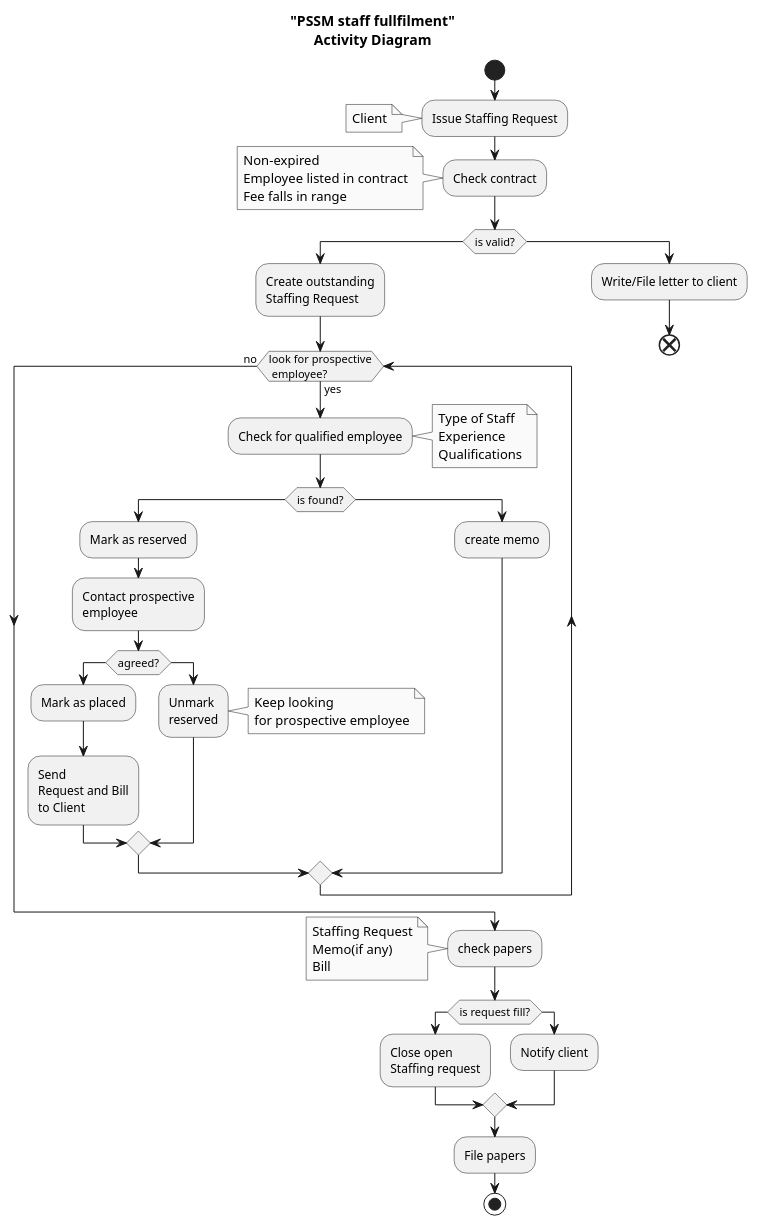
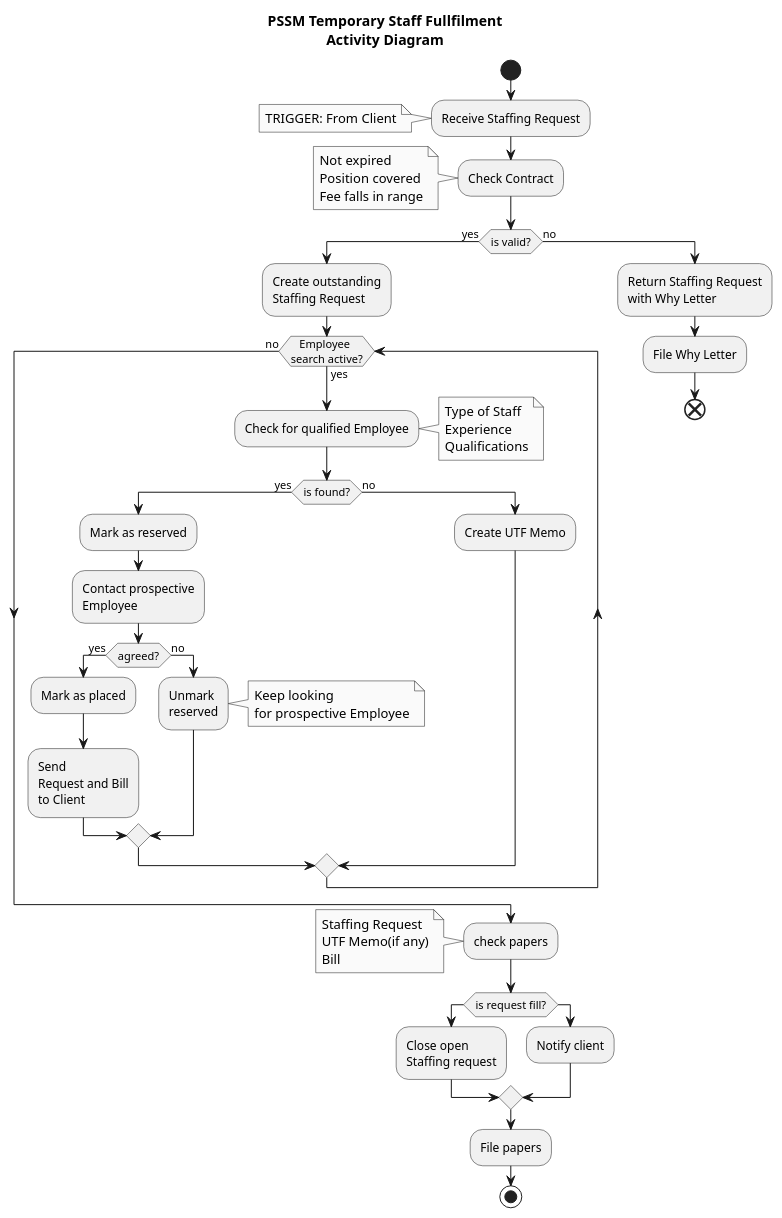
Before and after one commit to Nuissance/CIS641-capstone: the diagram in Analysis/functional/PSSM_staff_fullfilment_ad.puml, drawn with PlantUML. The commit also changed 3 other files, not shown here.

```diff
--- a/Analysis/functional/PSSM_staff_fullfilment_ad.puml
+++ b/Analysis/functional/PSSM_staff_fullfilment_ad.puml
@@ -1,66 +1,67 @@
 @startuml
 skinparam monochrome true
-title "PSSM staff fullfilment"\nActivity Diagram
+title PSSM Temporary Staff Fullfilment\nActivity Diagram
 
 start
-:Issue Staffing Request;
+  :Receive Staffing Request;
 note left
-  Client
+  TRIGGER: From Client
 end note
-:Check contract;
+:Check Contract;
 note left
-  Non-expired
-  Employee listed in contract
+  Not expired
+  Position covered
   Fee falls in range
 end note
-if (is valid?)
+if (is valid?) then (yes)
   :Create outstanding
   Staffing Request;
-  while (look for prospective\n employee?) is (yes)
-    :Check for qualified employee;
+  while (   Employee\nsearch active?) is (yes)
+    :Check for qualified Employee;
     note right
       Type of Staff
       Experience
       Qualifications
     end note
-    if (is found?)
+    if (is found?) then (yes)
       :Mark as reserved;
       :Contact prospective
-      employee;
-      if (agreed?)
+      Employee;
+      if (agreed?) then(yes)
         :Mark as placed;
         :Send
         Request and Bill
         to Client;
-      else
+      else (no)
           :Unmark
           reserved;
           note right
             Keep looking
-            for prospective employee
+            for prospective Employee
           end note
       endif
-    else
-      :create memo;
+    else (no)
+      :Create UTF Memo;
     endif
   endwhile (no)
-else
-  :Write/File letter to client;
+else (no)
+  :Return Staffing Request\nwith Why Letter;
+  :File Why Letter;
   end
 endif
 :check papers;
 note left
   Staffing Request
-  Memo(if any)
+  UTF Memo(if any)
   Bill
 end note
 if (is request fill?)
   :Close open
   Staffing request;
 else
   :Notify client;
 endif
 :File papers;
 stop
 
 @enduml
```
